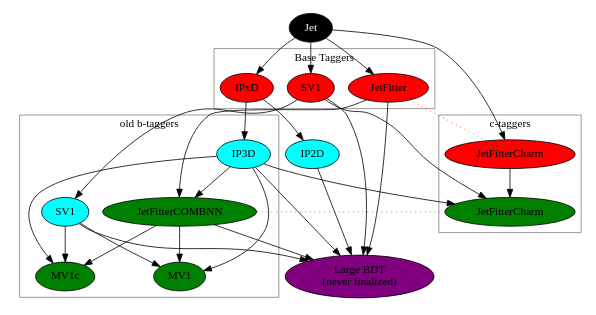
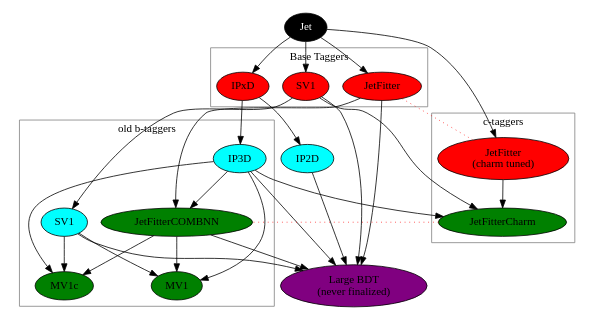
The diagram in dot/tagging-full-nogaia.dot (dguest/graphviz-tagging), drawn with Graphviz before and after one commit. The commit also changed 1 other file, not shown here.

Commit message:
add vertical legend, change JetFitterCharm -> JetFitter (charm tuned)

```diff
--- a/dot/tagging-full-nogaia.dot
+++ b/dot/tagging-full-nogaia.dot
@@ -1,79 +1,79 @@
 digraph g {
 
 graph [size = "6, 6"]
 jet  [label="Jet", fontcolor=white, style=filled, fillcolor=black];
 
 subgraph cluster_0{
 rank=same
 label="Base Taggers"
 color=gray
 iptag      [label="IPxD"     , style=filled, fillcolor=red]
 svtag      [label="SV1"       , style=filled, fillcolor=red]
 jetfitter  [label="JetFitter" , style=filled, fillcolor=red]
 }
 jet -> iptag
 jet -> svtag
 jet -> jetfitter
 
 ip3d    [ label="IP3D"   , style=filled, fillcolor = cyan]
 sv1     [ label="SV1"    , style=filled, fillcolor = cyan]
 
 combnn  [ label="JetFitterCOMBNN" , style=filled, fillcolor = green]
 iptag -> ip3d        [weight=1]
 //iptag -> ip2d	     [weight=1]
 svtag -> sv1	     [weight=1]
 jetfitter -> combnn  [weight=1]
 ip3d -> combnn       [weight=1]
 
 mv1     [ label="MV1" , style=filled, fillcolor=green   ]
 
 subgraph cluster_1 {
 label="old b-taggers"
 color=gray
 ip3d -> mv1
 sv1 -> mv1
 combnn -> mv1
 
 // ----- mv1c
 mv1c  [ label="MV1c" , style=filled, fillcolor=green   ]
 ip3d -> mv1c
 sv1 -> mv1c
 combnn -> mv1c
 }
 
 // ------- jet fitter charm -------
 
 subgraph cluster_2 {
 label="c-taggers"
 color=gray
-jfc [ label="JetFitterCharm" , style=filled, fillcolor=red   ]
+jfc [ label="JetFitter\n(charm tuned)" , style=filled, fillcolor=red   ]
 jfcnn [ label="JetFitterCharm" , style=filled, fillcolor=green   ]
 
 }
 jet -> jfc       [weight=0]
 
 jfc -> jfcnn	 [weight=0]
 ip3d -> jfcnn	 [weight=0]
 svtag -> jfcnn   [weight=0]
 
 // ------- similarities -----------
 
 jfc -> jetfitter [weight = 0, style=dotted, arrowhead=none, color=red]
 jfcnn -> combnn  [weight = 0, style=dotted, arrowhead=none, color=red]
 //mv1 -> mv3       [weight = 0, style=dotted, arrowhead=none, color=red]
 
 // ------- MV3 -----------
 
 mv3     [ label="Large BDT\n(never finalized)" , style=filled, fillcolor=purple   ]
 
 ip2d    [ label="IP2D"   , style=filled, fillcolor = cyan]
 iptag -> ip2d	     [weight=1]
 
 ip3d -> mv3        [weight=1]
 ip2d -> mv3	   [weight=1]
 svtag -> mv3	   [weight=1]
 sv1 -> mv3	   [weight=1]
 jetfitter -> mv3   [weight=1]
 combnn -> mv3      [weight=1]
 
 }
```
